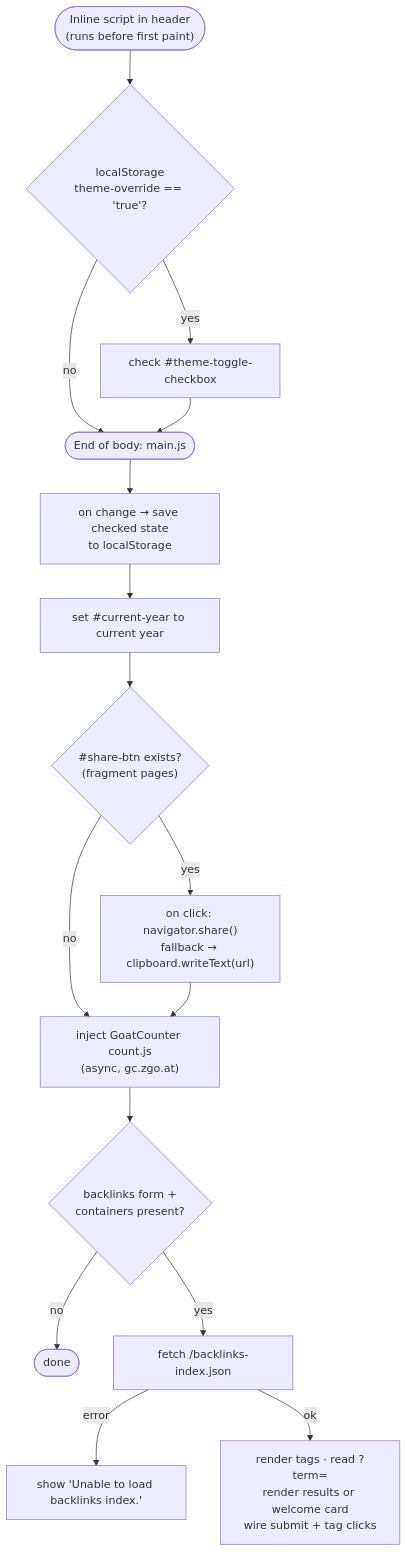
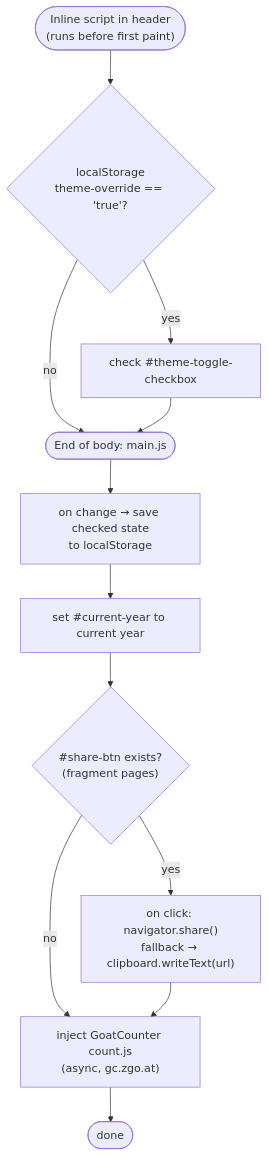
Before and after one commit to raoul-g/raoulyy-blog: the seventh of 9 diagrams in ARCHITECTURE.md, drawn with Mermaid. The commit also changed other lines of this file and 11 other files, not shown here.

````diff
--- a/ARCHITECTURE.md
+++ b/ARCHITECTURE.md
@@ -243,18 +230,14 @@
 ```mermaid
 flowchart TD
     INLINE(["Inline script in header<br/>(runs before first paint)"]) --> T1
     T1{"localStorage<br/>theme-override == 'true'?"} -- yes --> T2["check #theme-toggle-checkbox"]
     T1 -- no --> LOAD
     T2 --> LOAD
     LOAD(["End of body: main.js"]) --> T3["on change → save checked state<br/>to localStorage"]
     T3 --> Y["set #current-year to current year"]
     Y --> S{"#share-btn exists?<br/>(fragment pages)"}
     S -- yes --> S2["on click: navigator.share()<br/>fallback → clipboard.writeText(url)"]
     S -- no --> G
     S2 --> G["inject GoatCounter count.js<br/>(async, gc.zgo.at)"]
-    G --> B{"backlinks form +<br/>containers present?"}
-    B -- no --> END(["done"])
-    B -- yes --> F["fetch /backlinks-index.json"]
-    F -- error --> ERR["show 'Unable to load backlinks index.'"]
-    F -- ok --> R["render tags · read ?term=<br/>render results or welcome card<br/>wire submit + tag clicks"]
+    G --> END(["done"])
 ```
````
